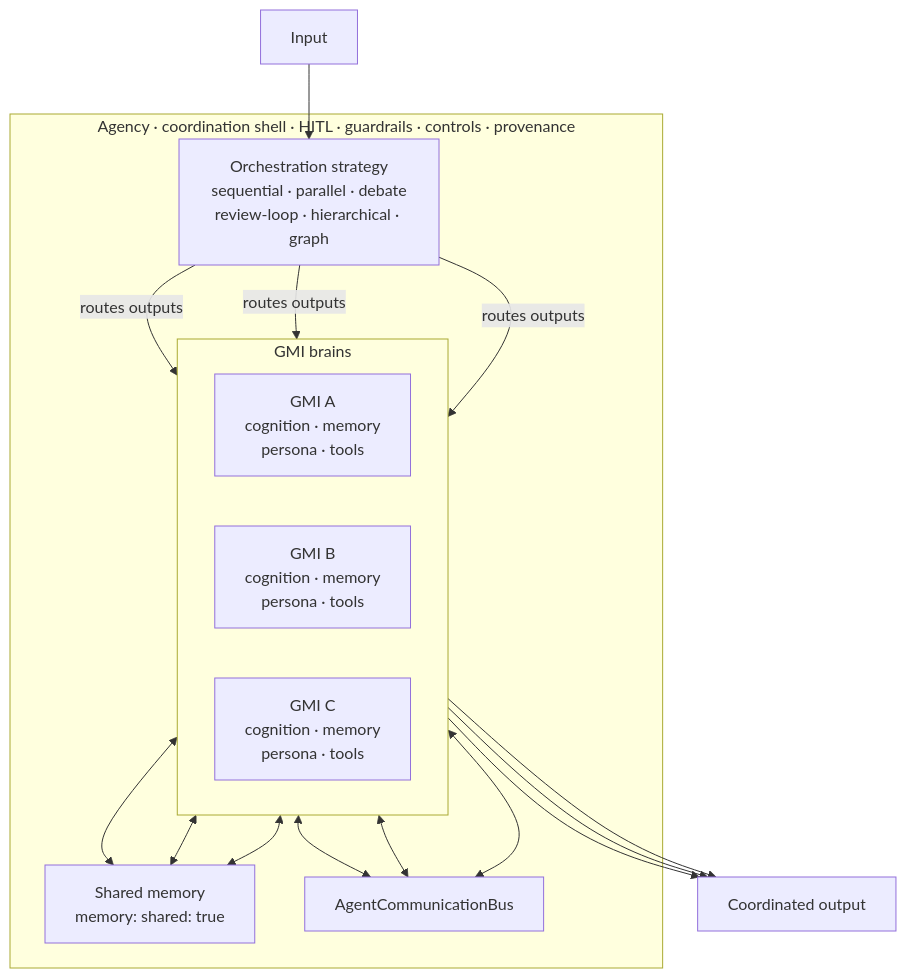
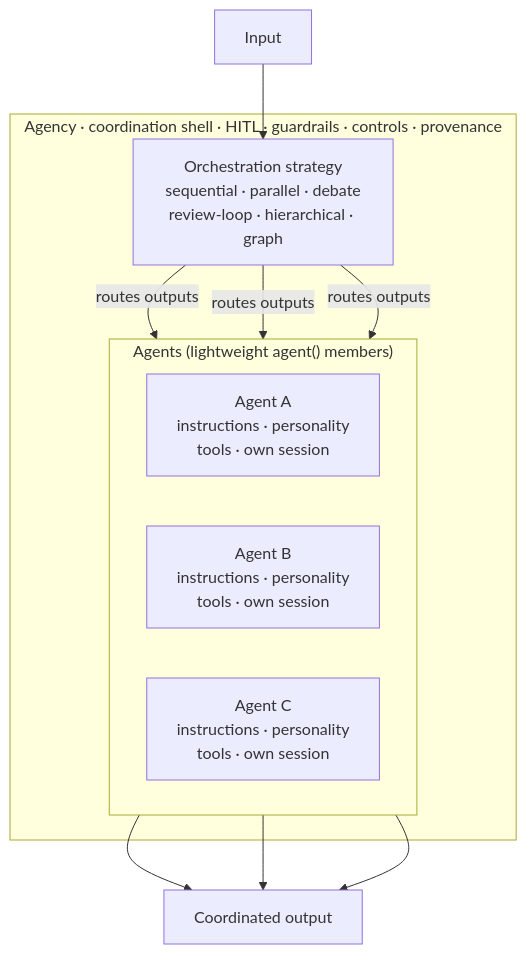
The diagram in docs/orchestration/AGENCY_API.md (framerslab/agentos), drawn with Mermaid before and after one commit. The commit also changed other lines of this file and 4 other files, not shown here.

````diff
--- a/docs/orchestration/AGENCY_API.md
+++ b/docs/orchestration/AGENCY_API.md
@@ -58,28 +64,20 @@
 ```mermaid
 graph TB
     Input["Input"]
     subgraph Agency["Agency · coordination shell · HITL · guardrails · controls · provenance"]
         Strategy["Orchestration strategy<br/>sequential · parallel · debate<br/>review-loop · hierarchical · graph"]
-        subgraph Brains["GMI brains"]
+        subgraph Members["Agents (lightweight agent() members)"]
             direction LR
-            A["GMI A<br/>cognition · memory<br/>persona · tools"]
-            B["GMI B<br/>cognition · memory<br/>persona · tools"]
-            C["GMI C<br/>cognition · memory<br/>persona · tools"]
+            A["Agent A<br/>instructions · personality<br/>tools · own session"]
+            B["Agent B<br/>instructions · personality<br/>tools · own session"]
+            C["Agent C<br/>instructions · personality<br/>tools · own session"]
         end
-        SharedMem["Shared memory<br/>memory: shared: true"]
-        Bus["AgentCommunicationBus"]
         Strategy -->|routes outputs| A
         Strategy -->|routes outputs| B
         Strategy -->|routes outputs| C
-        A <--> SharedMem
-        B <--> SharedMem
-        C <--> SharedMem
-        A <--> Bus
-        B <--> Bus
-        C <--> Bus
     end
     Input --> Strategy
     A --> Output["Coordinated output"]
     B --> Output
     C --> Output
 ```
````
